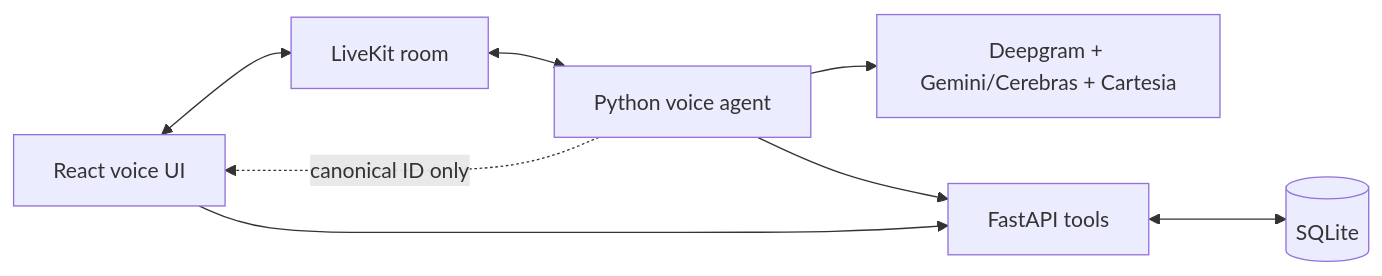
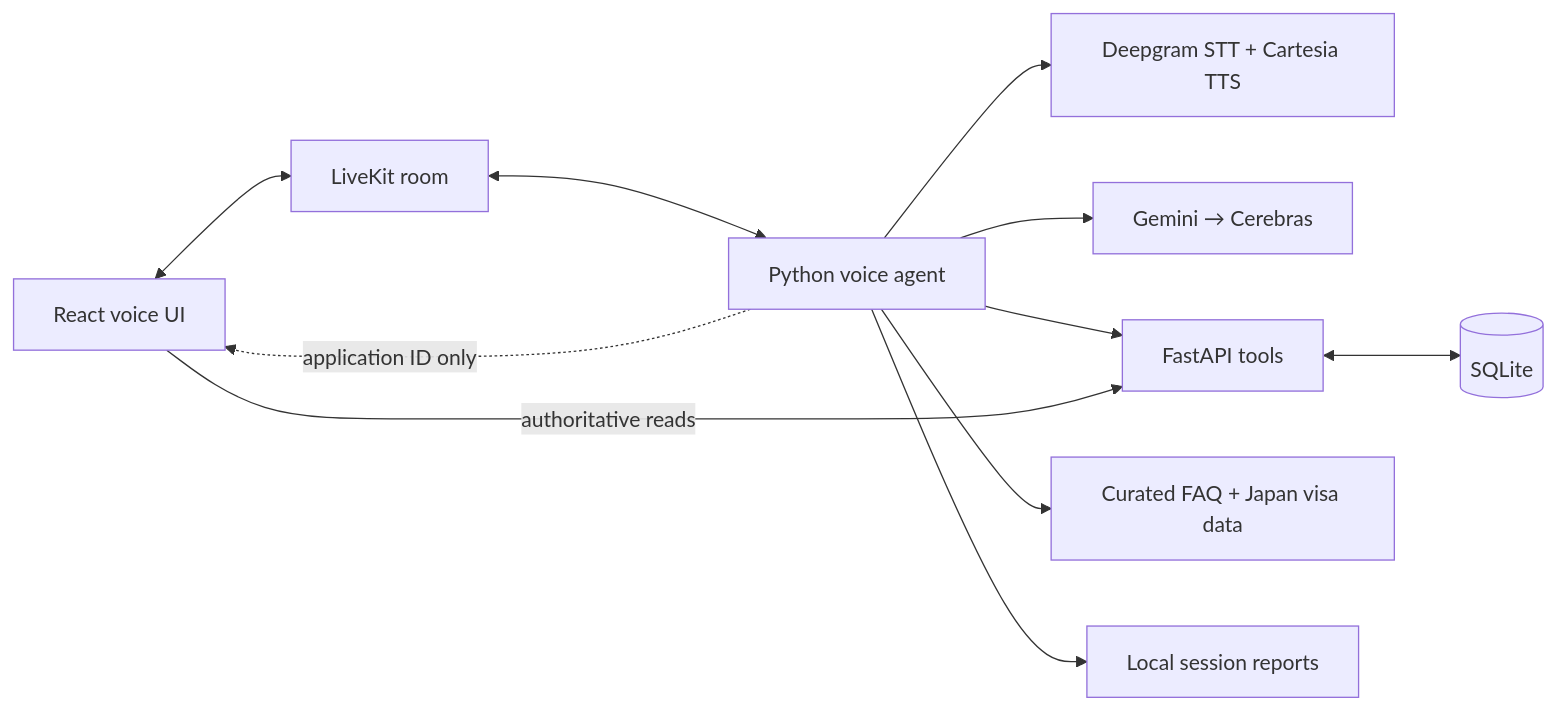
Before and after one commit to Parth-Bisht-227/waypoint-voice-ai: the diagram in project.md, drawn with Mermaid. The commit also changed other lines of this file and 6 other files, not shown here.

````diff
--- a/project.md
+++ b/project.md
@@ -33,10 +34,13 @@
-```mermaid
+~~~mermaid
 flowchart LR
     Browser[React voice UI] <--> Room[LiveKit room]
     Room <--> Agent[Python voice agent]
-    Agent --> Providers[Deepgram + Gemini/Cerebras + Cartesia]
+    Agent --> Speech[Deepgram STT + Cartesia TTS]
+    Agent --> Models[Gemini → Cerebras]
     Agent --> API[FastAPI tools]
-    Browser --> API
+    Browser -->|authoritative reads| API
     API <--> SQLite[(SQLite)]
-    Agent -. canonical ID only .-> Browser
-```
+    Agent --> Knowledge[Curated FAQ + Japan visa data]
+    Agent -. application ID only .-> Browser
+    Agent --> Reports[Local session reports]
+~~~
````
